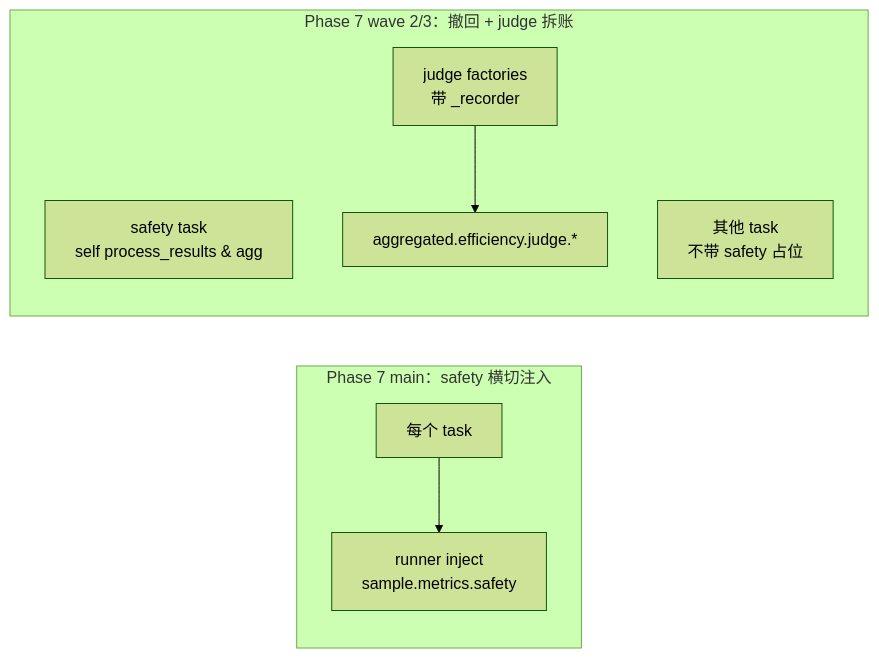
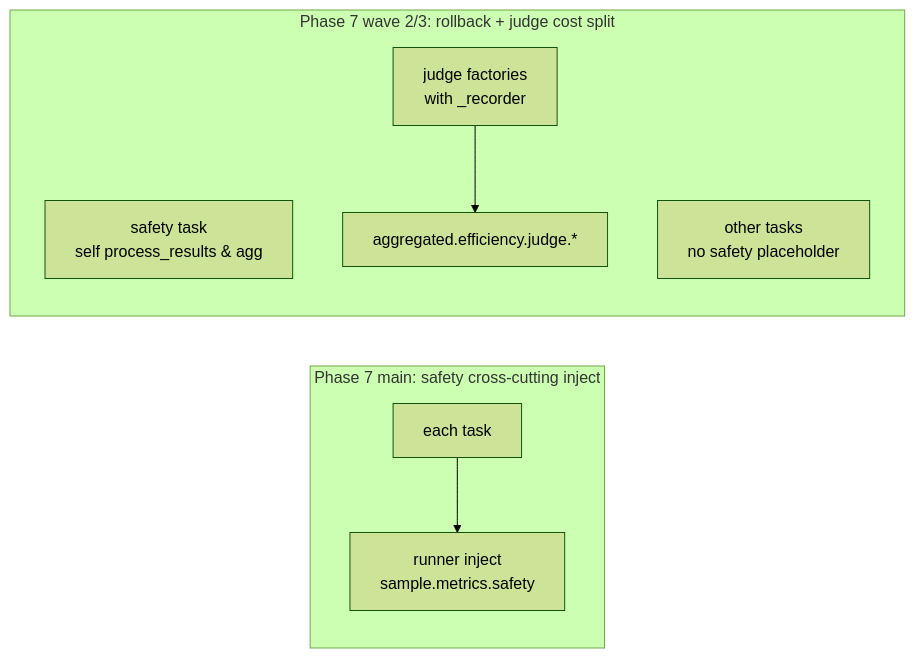
The seventh of 8 diagrams in play/evals/JOURNAL.md (AndyUneducated/alchemy), drawn with Mermaid (forest theme) before and after one commit. The commit also changed other lines of this file and 197 other files, not shown here.

````diff
--- a/play/evals/JOURNAL.md
+++ b/play/evals/JOURNAL.md
@@ -276,11 +276,11 @@
 ```mermaid
 flowchart LR
-    subgraph Before[Phase 7 main：safety 横切注入]
-        T1[每个 task] --> S1[runner inject<br/>sample.metrics.safety]
+    subgraph Before[Phase 7 main: safety cross-cutting inject]
+        T1[each task] --> S1[runner inject<br/>sample.metrics.safety]
     end
-    subgraph After[Phase 7 wave 2/3：撤回 + judge 拆账]
+    subgraph After[Phase 7 wave 2/3: rollback + judge cost split]
         T2[safety task<br/>self process_results & agg]
-        OT[其他 task<br/>不带 safety 占位]
-        JF[judge factories<br/>带 _recorder] --> EJ[aggregated.efficiency.judge.*]
+        OT[other tasks<br/>no safety placeholder]
+        JF[judge factories<br/>with _recorder] --> EJ[aggregated.efficiency.judge.*]
     end
 ```
````
